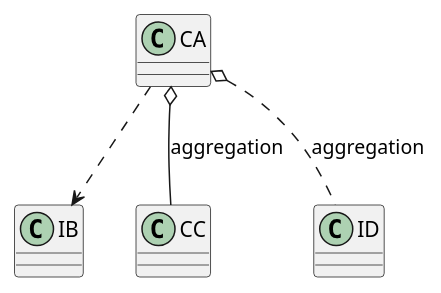
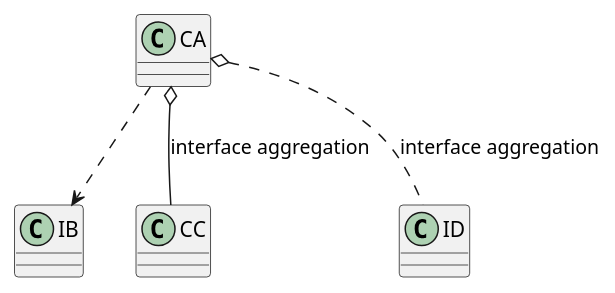
One commit to cheoljoo/cheoljoo.github.io changed the seventh of 9 diagrams in _posts/2019-06-09-new-finding-of-plantuml.md. Above: the diagram before and after it, drawn with PlantUML. The commit also changed other lines of this file and 1 other file, not shown here.

````diff
--- a/_posts/2019-06-09-new-finding-of-plantuml.md
+++ b/_posts/2019-06-09-new-finding-of-plantuml.md
@@ -141,7 +143,7 @@
 ```puml
 @startuml
 CA ..> IB 
-CA o-- CC : aggregation
-CA o.. ID : aggregation
+CA o-- CC : interface aggregation
+CA o.. ID : interface aggregation
 @enduml
 ```
````
